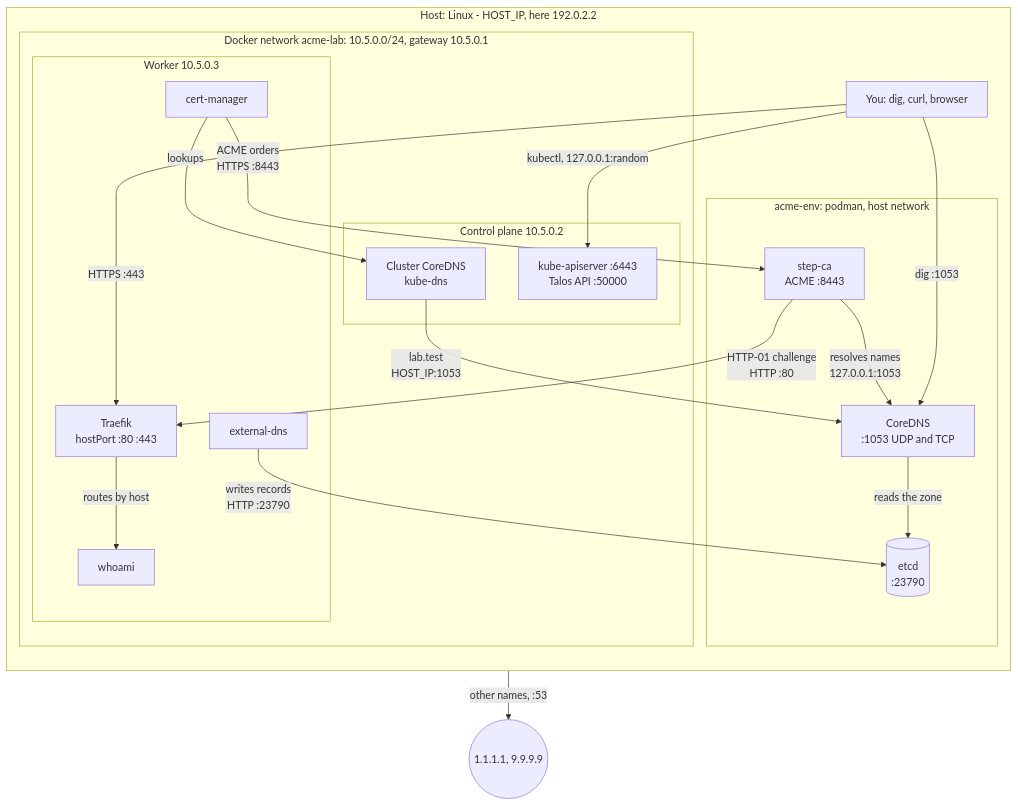
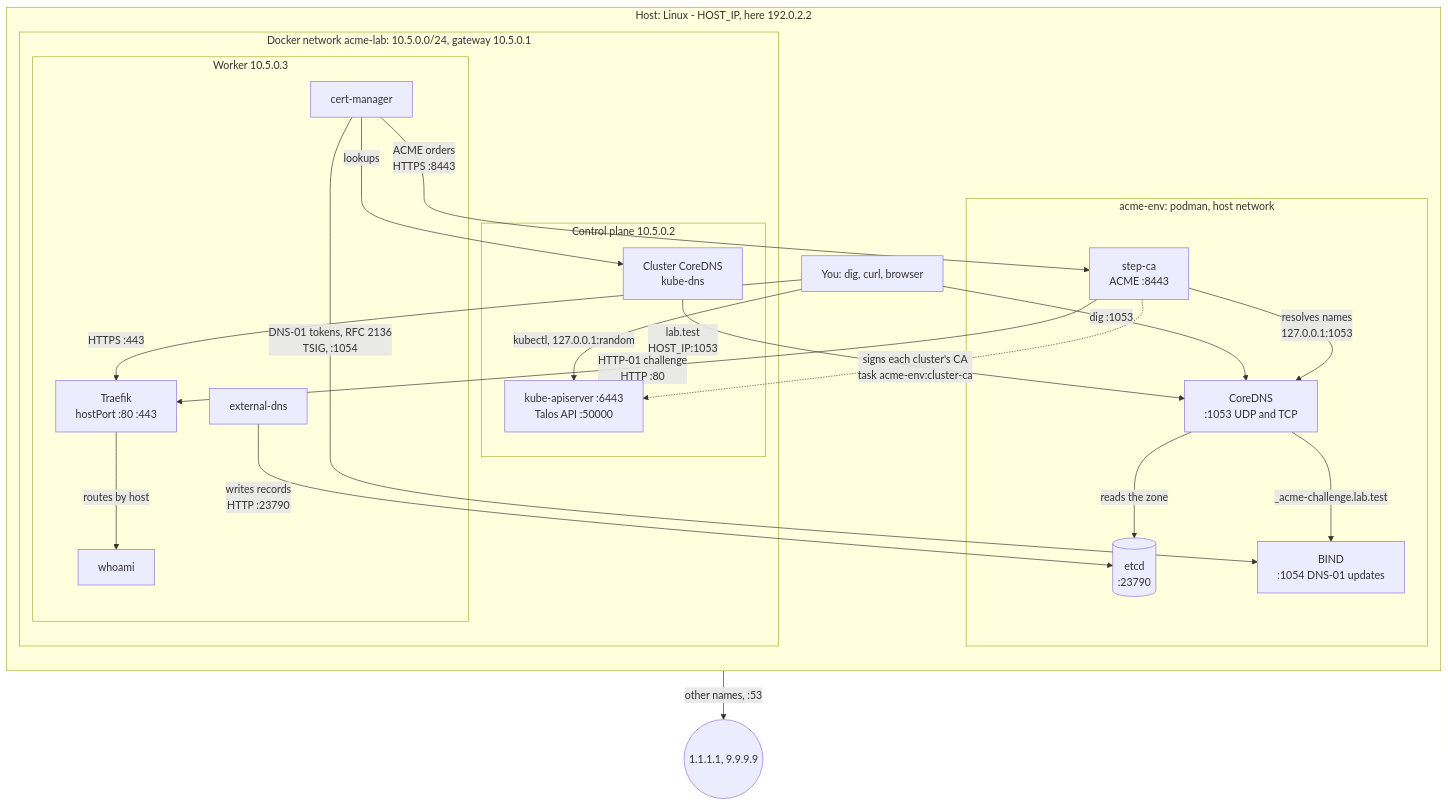
One commit to beddari/claude-github changed the diagram in labs/docs/architecture.md. Above: the diagram before and after it, drawn with Mermaid. The commit also changed other lines of this file and 36 other files, not shown here.

First line of the commit message:
labs: cluster CAs signed by the lab's root; wildcard over DNS-01 (#9)

````diff
--- a/labs/docs/architecture.md
+++ b/labs/docs/architecture.md
@@ -9,44 +9,48 @@
 ```mermaid
 flowchart TB
     subgraph host["Host: Linux - HOST_IP, here 192.0.2.2"]
         direction TB
         you["You: dig, curl, browser"]
 
         subgraph acme["acme-env: podman, host network"]
             coredns["CoreDNS<br/>:1053 UDP and TCP"]
             etcd[("etcd<br/>:23790")]
             stepca["step-ca<br/>ACME :8443"]
+            bind["BIND<br/>:1054 DNS-01 updates"]
         end
 
         subgraph docker["Docker network acme-lab: 10.5.0.0/24, gateway 10.5.0.1"]
             subgraph cp["Control plane 10.5.0.2"]
                 api["kube-apiserver :6443<br/>Talos API :50000"]
                 kdns["Cluster CoreDNS<br/>kube-dns"]
             end
             subgraph worker["Worker 10.5.0.3"]
                 traefik["Traefik<br/>hostPort :80 :443"]
                 extdns["external-dns"]
                 certm["cert-manager"]
                 whoami["whoami"]
             end
         end
     end
 
     upstream(("1.1.1.1, 9.9.9.9"))
 
     extdns -- "writes records<br/>HTTP :23790" --> etcd
     coredns -- "reads the zone" --> etcd
     coredns -- "other names, :53" --> upstream
+    coredns -- "_acme-challenge.lab.test" --> bind
+    certm -- "DNS-01 tokens, RFC 2136<br/>TSIG, :1054" --> bind
+    stepca -. "signs each cluster's CA<br/>task acme-env:cluster-ca" .-> api
 
     certm -- "ACME orders<br/>HTTPS :8443" --> stepca
     stepca -- "resolves names<br/>127.0.0.1:1053" --> coredns
     stepca -- "HTTP-01 challenge<br/>HTTP :80" --> traefik
 
     kdns -- "lab.test<br/>HOST_IP:1053" --> coredns
     certm -- "lookups" --> kdns
     traefik -- "routes by host" --> whoami
 
     you -- "dig :1053" --> coredns
     you -- "HTTPS :443" --> traefik
     you -- "kubectl, 127.0.0.1:random" --> api
 ```
````
